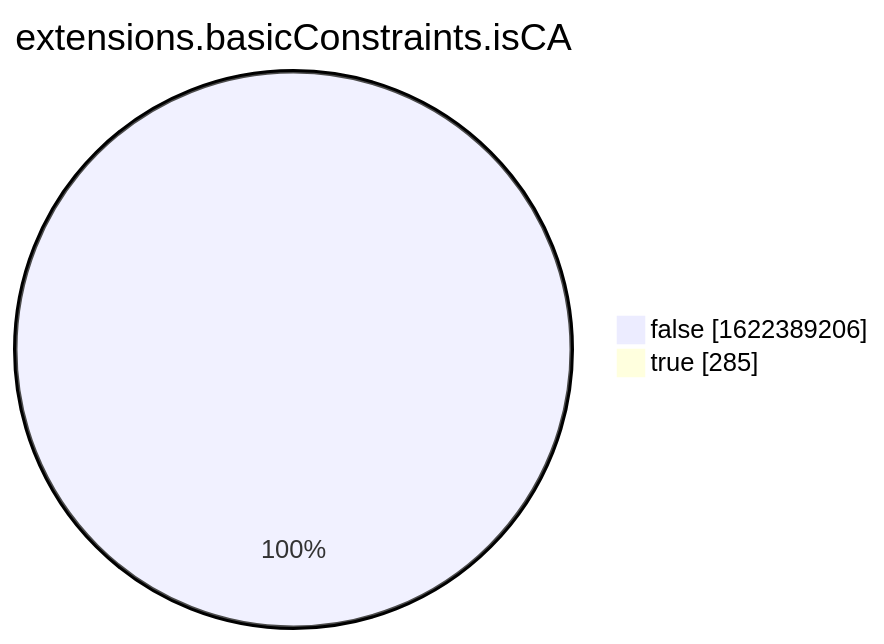
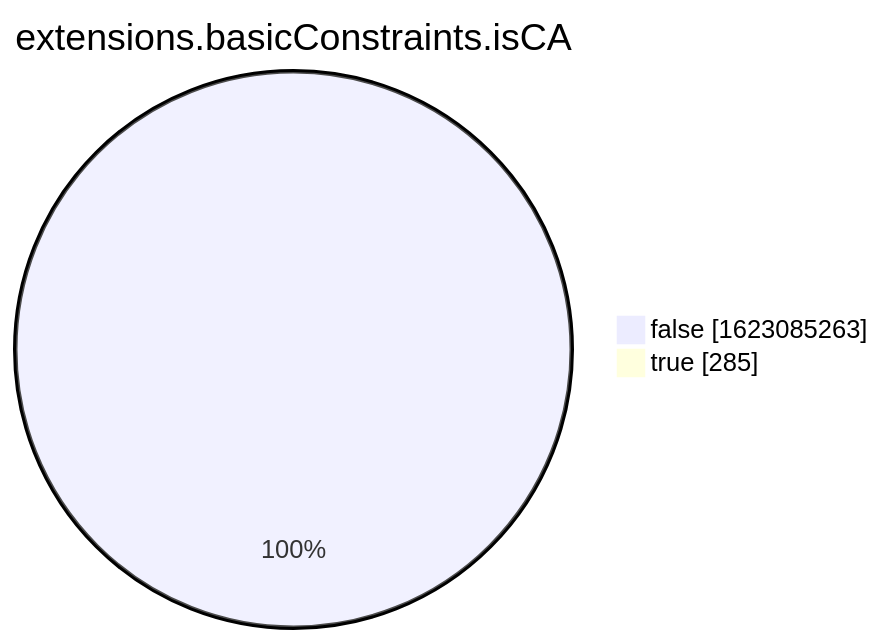
The eighth of 15 diagrams in xenon2022/README.md (christiankrug/ctmonitor_visualization), drawn with Mermaid before and after one commit. The commit also changed other lines of this file, not shown here.

````diff
--- a/xenon2022/README.md
+++ b/xenon2022/README.md
@@ -2863,6 +2863,6 @@
 ```mermaid
 pie showData
 title extensions.basicConstraints.isCA
-"false" :1622389206
+"false" :1623085263
 "true" :285
 ```
````
